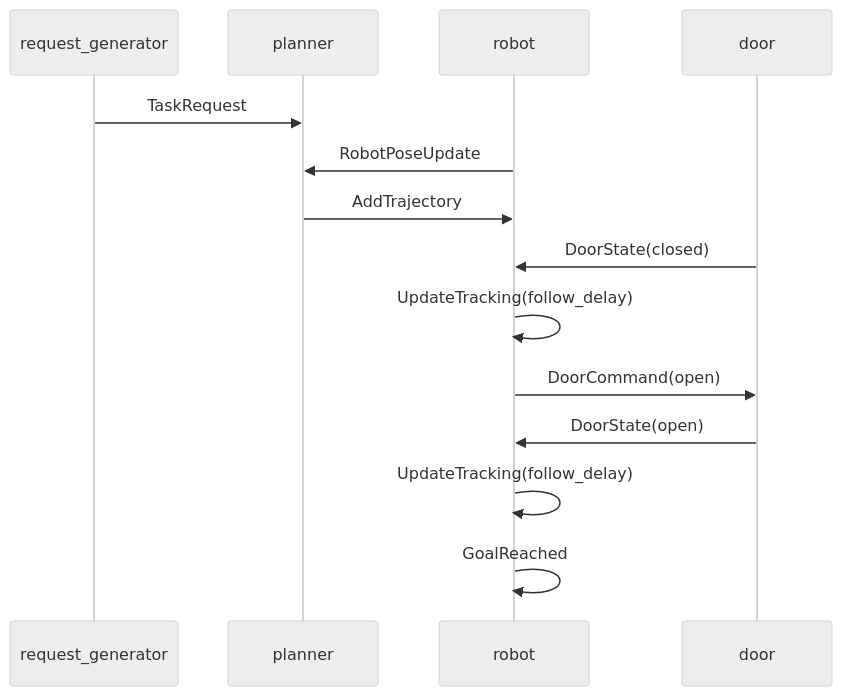
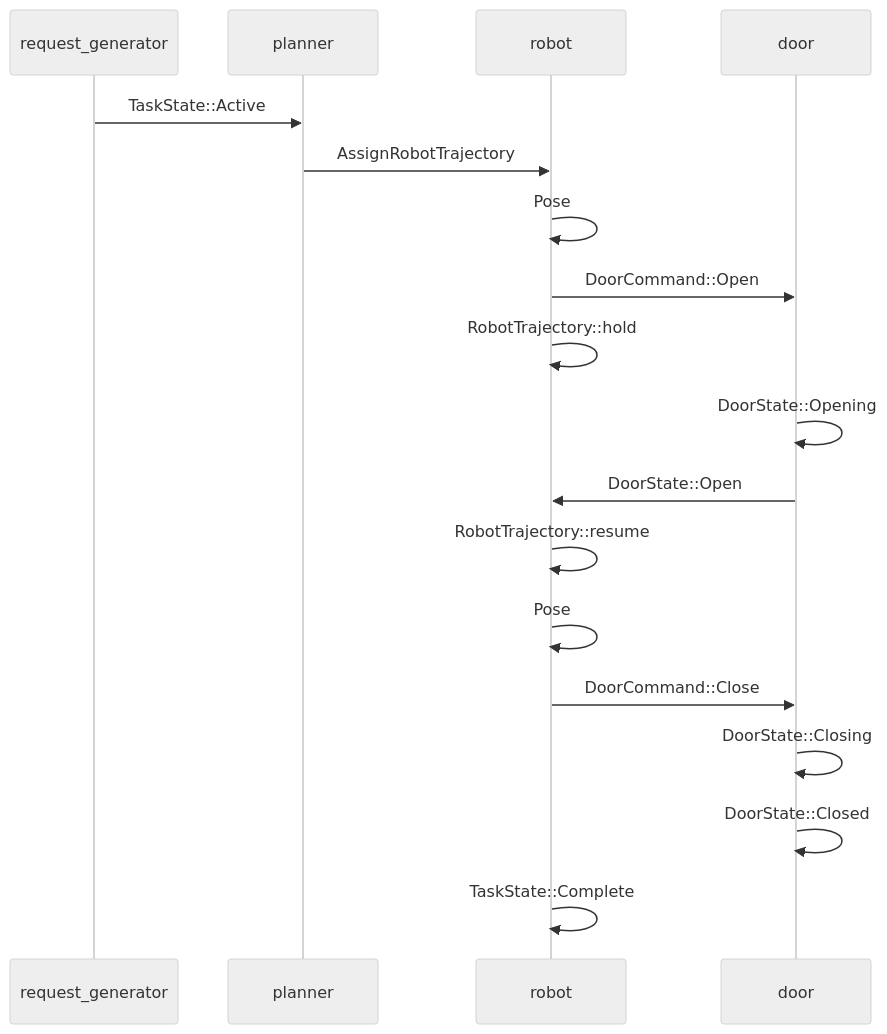
One commit to reuben-thomas/rmf_site changed the diagram in crates/rmf_site_sim/diagrams/rmf_site_editor_example.mmd. Above: the diagram before and after it, drawn with Mermaid (neutral theme). The commit also changed 10 other files, not shown here.

```diff
--- a/crates/rmf_site_sim/diagrams/rmf_site_editor_example.mmd
+++ b/crates/rmf_site_sim/diagrams/rmf_site_editor_example.mmd
@@ -1,15 +1,19 @@
 sequenceDiagram
     participant request_generator
     participant planner
     participant robot
     participant door
 
-    request_generator->>planner: TaskRequest
-    robot->>planner: RobotPoseUpdate
-    planner->>robot: AddTrajectory
-    door->>robot: DoorState(closed)
-    robot->>robot: UpdateTracking(follow_delay)
-    robot->>door: DoorCommand(open)
-    door->>robot: DoorState(open)
-    robot->>robot: UpdateTracking(follow_delay)
-    robot->>robot: GoalReached
+    request_generator->>planner: TaskState::Active
+    planner->>robot: AssignRobotTrajectory
+    robot->>robot: Pose
+    robot->>door: DoorCommand::Open
+    robot->>robot: RobotTrajectory::hold
+    door->>door: DoorState::Opening
+    door->>robot: DoorState::Open
+    robot->>robot: RobotTrajectory::resume
+    robot->>robot: Pose
+    robot->>door: DoorCommand::Close
+    door->>door: DoorState::Closing
+    door->>door: DoorState::Closed
+    robot->>robot: TaskState::Complete
```
